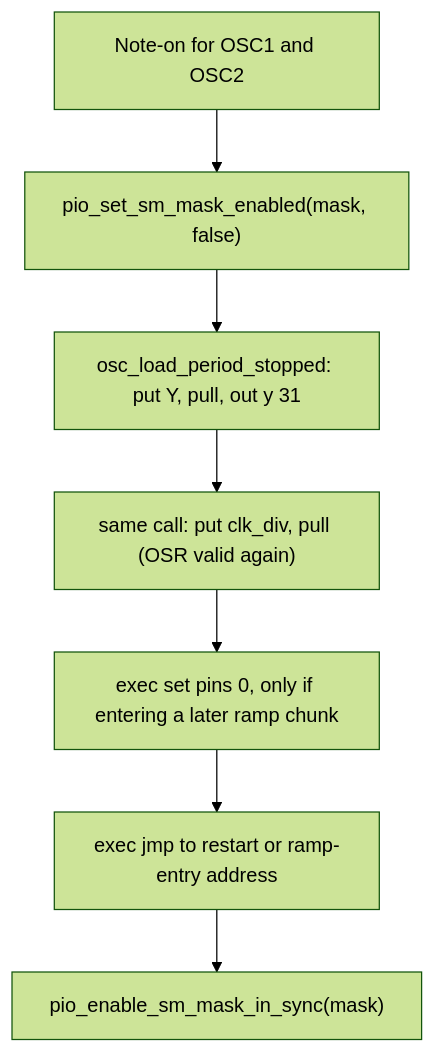
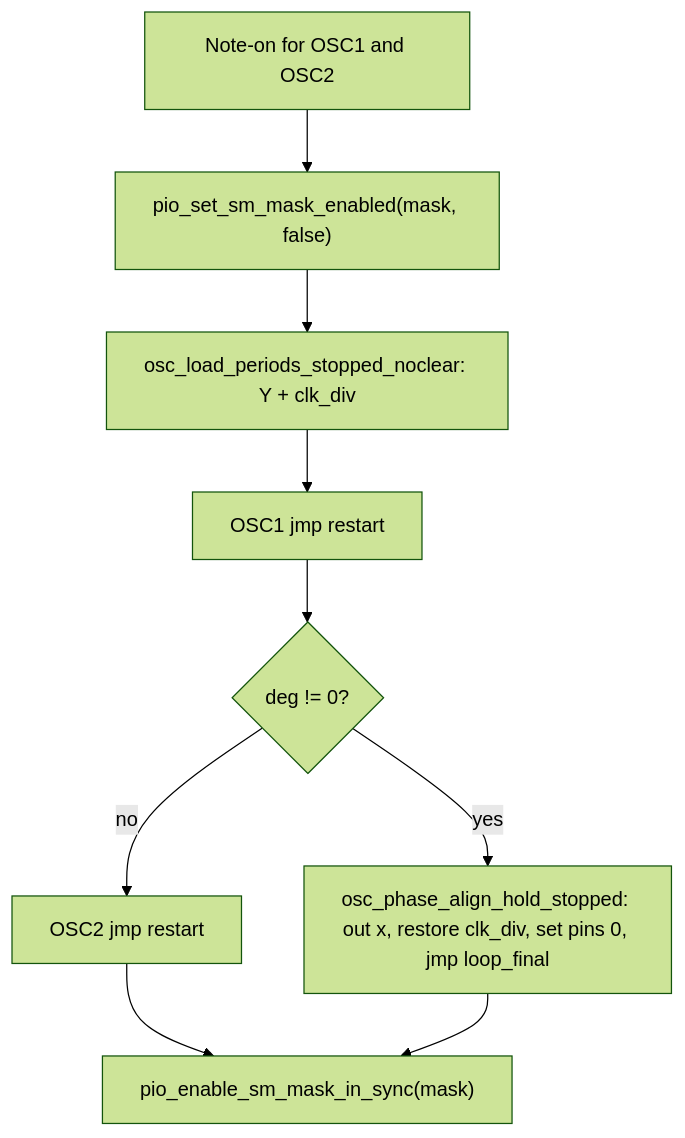
The second of 2 diagrams in docs/PIO_OSCILLATORS.md (felipegaspari/DCO4-REBORN-DCO), drawn with Mermaid (forest theme) before and after one commit. The commit also changed other lines of this file and 28 other files, not shown here.

````diff
--- a/docs/PIO_OSCILLATORS.md
+++ b/docs/PIO_OSCILLATORS.md
@@ -358,9 +406,11 @@
 ```mermaid
 flowchart TD
   A["Note-on for OSC1 and OSC2"] --> B["pio_set_sm_mask_enabled(mask, false)"]
-  B --> C["osc_load_period_stopped: put Y, pull, out y 31"]
-  C --> D["same call: put clk_div, pull (OSR valid again)"]
-  D --> E["exec set pins 0, only if entering a later ramp chunk"]
-  E --> F["exec jmp to restart or ramp-entry address"]
-  F --> G["pio_enable_sm_mask_in_sync(mask)"]
+  B --> C["osc_load_periods_stopped_noclear: Y + clk_div"]
+  C --> D["OSC1 jmp restart"]
+  D --> E{"deg != 0?"}
+  E -->|no| F["OSC2 jmp restart"]
+  E -->|yes| G["osc_phase_align_hold_stopped: out x, restore clk_div, set pins 0, jmp loop_final"]
+  F --> H["pio_enable_sm_mask_in_sync(mask)"]
+  G --> H
 ```
````
